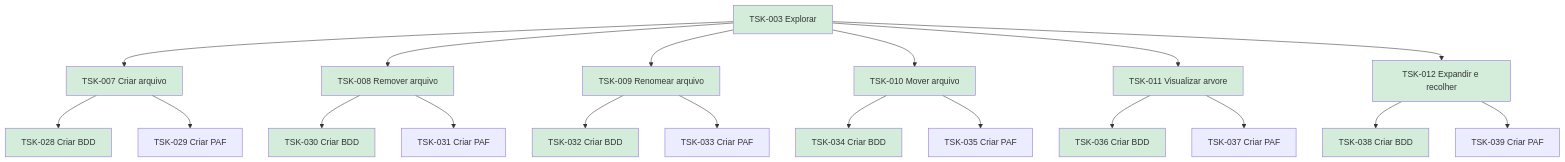
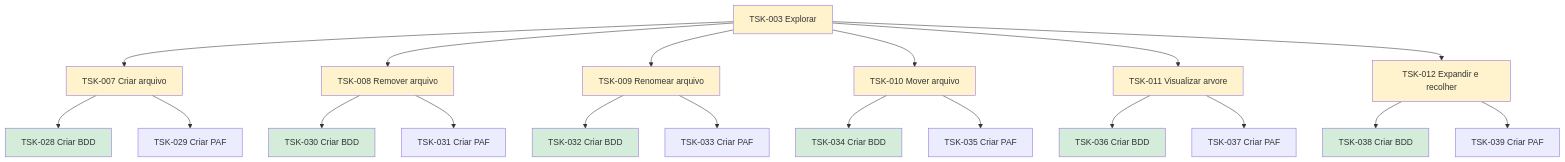
The diagram in flow/tasks/TSK-001-criar-epico/TSK-002-criar-as-historias/TSK-003-explorar/README.md (laerciogermano/workstation), drawn with Mermaid before and after one commit. The commit also changed other lines of this file and 53 other files, not shown here.

````diff
--- a/flow/tasks/TSK-001-criar-epico/TSK-002-criar-as-historias/TSK-003-explorar/README.md
+++ b/flow/tasks/TSK-001-criar-epico/TSK-002-criar-as-historias/TSK-003-explorar/README.md
@@ -12,53 +12,53 @@
 ```mermaid
 flowchart TD
   T003[TSK-003 Explorar]
   T007[TSK-007 Criar arquivo]
   T008[TSK-008 Remover arquivo]
   T009[TSK-009 Renomear arquivo]
   T010[TSK-010 Mover arquivo]
   T011[TSK-011 Visualizar arvore]
   T012[TSK-012 Expandir e recolher]
   T028[TSK-028 Criar BDD]
   T029[TSK-029 Criar PAF]
   T030[TSK-030 Criar BDD]
   T031[TSK-031 Criar PAF]
   T032[TSK-032 Criar BDD]
   T033[TSK-033 Criar PAF]
   T034[TSK-034 Criar BDD]
   T035[TSK-035 Criar PAF]
   T036[TSK-036 Criar BDD]
   T037[TSK-037 Criar PAF]
   T038[TSK-038 Criar BDD]
   T039[TSK-039 Criar PAF]
   T003 --> T007
   T003 --> T008
   T003 --> T009
   T003 --> T010
   T003 --> T011
   T003 --> T012
   T007 --> T028
   T007 --> T029
   T008 --> T030
   T008 --> T031
   T009 --> T032
   T009 --> T033
   T010 --> T034
   T010 --> T035
   T011 --> T036
   T011 --> T037
   T012 --> T038
   T012 --> T039
-  style T003 fill:#d4edda
-  style T007 fill:#d4edda
+  style T003 fill:#fff3cd
+  style T007 fill:#fff3cd
   style T028 fill:#d4edda
-  style T008 fill:#d4edda
+  style T008 fill:#fff3cd
   style T030 fill:#d4edda
-  style T009 fill:#d4edda
+  style T009 fill:#fff3cd
   style T032 fill:#d4edda
-  style T010 fill:#d4edda
+  style T010 fill:#fff3cd
   style T034 fill:#d4edda
-  style T011 fill:#d4edda
+  style T011 fill:#fff3cd
   style T036 fill:#d4edda
-  style T012 fill:#d4edda
+  style T012 fill:#fff3cd
   style T038 fill:#d4edda
 ```
````
